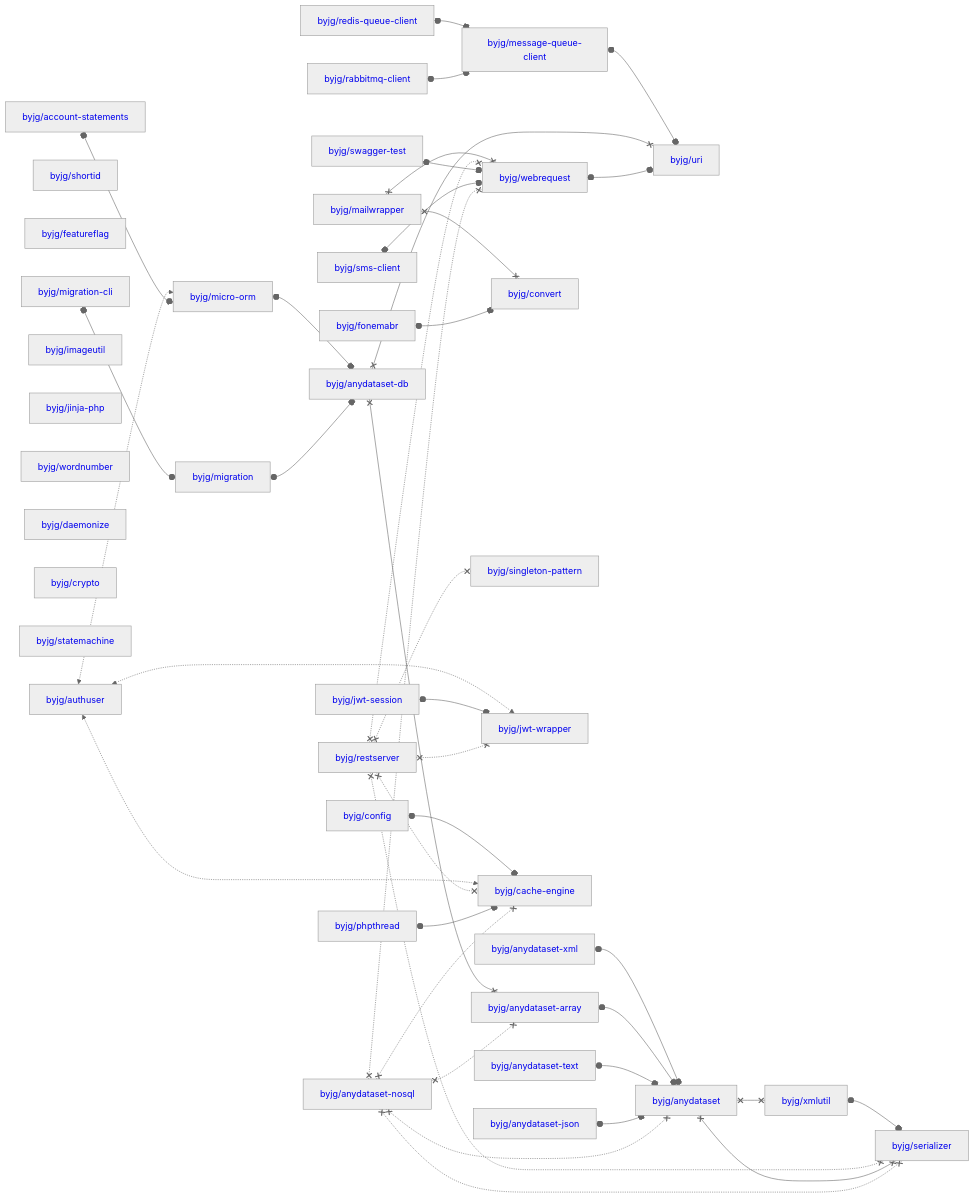
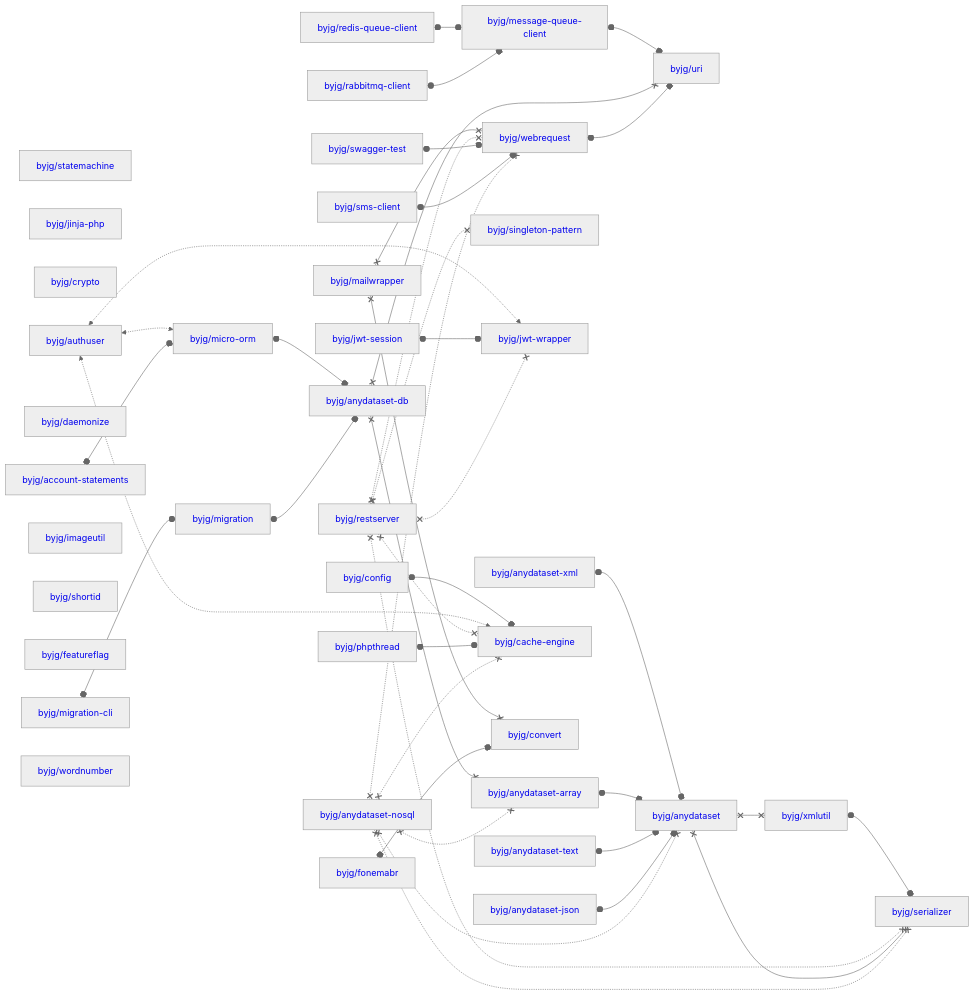
Before and after one commit to byjg/byjg.github.io: the diagram in docs/php/README.md, drawn with Mermaid (neutral theme). The commit also changed other lines of this file, not shown here.

Commit message:
Update documentation 'php' 'php-micro-orm'

````diff
--- a/docs/php/README.md
+++ b/docs/php/README.md
@@ -3,80 +3,80 @@
 ```mermaid
 graph LR;
+  byjg/mailwrapper[<a href='https://opensource.byjg.com/docs/php/mailwrapper' style='text-decoration:none'>byjg/mailwrapper</a>];
+  byjg/anydataset-nosql[<a href='https://opensource.byjg.com/docs/php/anydataset-nosql' style='text-decoration:none'>byjg/anydataset-nosql</a>];
+  byjg/statemachine[<a href='https://opensource.byjg.com/docs/php/statemachine' style='text-decoration:none'>byjg/statemachine</a>];
+  byjg/jwt-session[<a href='https://opensource.byjg.com/docs/php/jwt-session' style='text-decoration:none'>byjg/jwt-session</a>];
+  byjg/jinja-php[<a href='https://opensource.byjg.com/docs/php/jinja-php' style='text-decoration:none'>byjg/jinja-php</a>];
+  byjg/rabbitmq-client[<a href='https://opensource.byjg.com/docs/php/rabbitmq-client' style='text-decoration:none'>byjg/rabbitmq-client</a>];
+  byjg/crypto[<a href='https://opensource.byjg.com/docs/php/crypto' style='text-decoration:none'>byjg/crypto</a>];
+  byjg/account-statements[<a href='https://opensource.byjg.com/docs/php/account-statements' style='text-decoration:none'>byjg/account-statements</a>];
+  byjg/daemonize[<a href='https://opensource.byjg.com/docs/php/daemonize' style='text-decoration:none'>byjg/daemonize</a>];
   byjg/authuser[<a href='https://opensource.byjg.com/docs/php/authuser' style='text-decoration:none'>byjg/authuser</a>];
+  byjg/anydataset-json[<a href='https://opensource.byjg.com/docs/php/anydataset-json' style='text-decoration:none'>byjg/anydataset-json</a>];
+  byjg/imageutil[<a href='https://opensource.byjg.com/docs/php/imageutil' style='text-decoration:none'>byjg/imageutil</a>];
+  byjg/shortid[<a href='https://opensource.byjg.com/docs/php/shortid' style='text-decoration:none'>byjg/shortid</a>];
+  byjg/restserver[<a href='https://opensource.byjg.com/docs/php/restserver' style='text-decoration:none'>byjg/restserver</a>];
+  byjg/featureflag[<a href='https://opensource.byjg.com/docs/php/featureflag' style='text-decoration:none'>byjg/featureflag</a>];
+  byjg/migration-cli[<a href='https://opensource.byjg.com/docs/php/migration-cli' style='text-decoration:none'>byjg/migration-cli</a>];
+  byjg/config[<a href='https://opensource.byjg.com/docs/php/config' style='text-decoration:none'>byjg/config</a>];
+  byjg/anydataset-xml[<a href='https://opensource.byjg.com/docs/php/anydataset-xml' style='text-decoration:none'>byjg/anydataset-xml</a>];
+  byjg/swagger-test[<a href='https://opensource.byjg.com/docs/php/swagger-test' style='text-decoration:none'>byjg/swagger-test</a>];
+  byjg/sms-client[<a href='https://opensource.byjg.com/docs/php/sms-client' style='text-decoration:none'>byjg/sms-client</a>];
   byjg/anydataset-text[<a href='https://opensource.byjg.com/docs/php/anydataset-text' style='text-decoration:none'>byjg/anydataset-text</a>];
-  byjg/anydataset-json[<a href='https://opensource.byjg.com/docs/php/anydataset-json' style='text-decoration:none'>byjg/anydataset-json</a>];
-  byjg/mailwrapper[<a href='https://opensource.byjg.com/docs/php/mailwrapper' style='text-decoration:none'>byjg/mailwrapper</a>];
-  byjg/sms-client[<a href='https://opensource.byjg.com/docs/php/sms-client' style='text-decoration:none'>byjg/sms-client</a>];
-  byjg/anydataset-xml[<a href='https://opensource.byjg.com/docs/php/anydataset-xml' style='text-decoration:none'>byjg/anydataset-xml</a>];
-  byjg/shortid[<a href='https://opensource.byjg.com/docs/php/shortid' style='text-decoration:none'>byjg/shortid</a>];
-  byjg/jwt-session[<a href='https://opensource.byjg.com/docs/php/jwt-session' style='text-decoration:none'>byjg/jwt-session</a>];
-  byjg/featureflag[<a href='https://opensource.byjg.com/docs/php/featureflag' style='text-decoration:none'>byjg/featureflag</a>];
+  byjg/phpthread[<a href='https://opensource.byjg.com/docs/php/phpthread' style='text-decoration:none'>byjg/phpthread</a>];
   byjg/fonemabr[<a href='https://opensource.byjg.com/docs/php/fonemabr' style='text-decoration:none'>byjg/fonemabr</a>];
-  byjg/phpthread[<a href='https://opensource.byjg.com/docs/php/phpthread' style='text-decoration:none'>byjg/phpthread</a>];
-  byjg/config[<a href='https://opensource.byjg.com/docs/php/config' style='text-decoration:none'>byjg/config</a>];
-  byjg/migration-cli[<a href='https://opensource.byjg.com/docs/php/migration-cli' style='text-decoration:none'>byjg/migration-cli</a>];
-  byjg/restserver[<a href='https://opensource.byjg.com/docs/php/restserver' style='text-decoration:none'>byjg/restserver</a>];
-  byjg/imageutil[<a href='https://opensource.byjg.com/docs/php/imageutil' style='text-decoration:none'>byjg/imageutil</a>];
-  byjg/jinja-php[<a href='https://opensource.byjg.com/docs/php/jinja-php' style='text-decoration:none'>byjg/jinja-php</a>];
+  byjg/redis-queue-client[<a href='https://opensource.byjg.com/docs/php/redis-queue-client' style='text-decoration:none'>byjg/redis-queue-client</a>];
   byjg/wordnumber[<a href='https://opensource.byjg.com/docs/php/wordnumber' style='text-decoration:none'>byjg/wordnumber</a>];
-  byjg/anydataset-nosql[<a href='https://opensource.byjg.com/docs/php/anydataset-nosql' style='text-decoration:none'>byjg/anydataset-nosql</a>];
-  byjg/swagger-test[<a href='https://opensource.byjg.com/docs/php/swagger-test' style='text-decoration:none'>byjg/swagger-test</a>];
-  byjg/daemonize[<a href='https://opensource.byjg.com/docs/php/daemonize' style='text-decoration:none'>byjg/daemonize</a>];
-  byjg/crypto[<a href='https://opensource.byjg.com/docs/php/crypto' style='text-decoration:none'>byjg/crypto</a>];
-  byjg/statemachine[<a href='https://opensource.byjg.com/docs/php/statemachine' style='text-decoration:none'>byjg/statemachine</a>];
-  byjg/redis-queue-client[<a href='https://opensource.byjg.com/docs/php/redis-queue-client' style='text-decoration:none'>byjg/redis-queue-client</a>];
-  byjg/rabbitmq-client[<a href='https://opensource.byjg.com/docs/php/rabbitmq-client' style='text-decoration:none'>byjg/rabbitmq-client</a>];
-  byjg/account-statements[<a href='https://opensource.byjg.com/docs/php/account-statements' style='text-decoration:none'>byjg/account-statements</a>];
-  byjg/convert[<a href='https://opensource.byjg.com/docs/php/convert' style='text-decoration:none'>byjg/convert</a>];
-  byjg/migration[<a href='https://opensource.byjg.com/docs/php/migration' style='text-decoration:none'>byjg/migration</a>];
+  byjg/micro-orm[<a href='https://opensource.byjg.com/docs/php/micro-orm' style='text-decoration:none'>byjg/micro-orm</a>];
   byjg/singleton-pattern[<a href='https://opensource.byjg.com/docs/php/singleton-pattern' style='text-decoration:none'>byjg/singleton-pattern</a>];
   byjg/jwt-wrapper[<a href='https://opensource.byjg.com/docs/php/jwt-wrapper' style='text-decoration:none'>byjg/jwt-wrapper</a>];
+  byjg/migration[<a href='https://opensource.byjg.com/docs/php/migration' style='text-decoration:none'>byjg/migration</a>];
+  byjg/webrequest[<a href='https://opensource.byjg.com/docs/php/webrequest' style='text-decoration:none'>byjg/webrequest</a>];
   byjg/cache-engine[<a href='https://opensource.byjg.com/docs/php/cache-engine' style='text-decoration:none'>byjg/cache-engine</a>];
-  byjg/webrequest[<a href='https://opensource.byjg.com/docs/php/webrequest' style='text-decoration:none'>byjg/webrequest</a>];
+  byjg/convert[<a href='https://opensource.byjg.com/docs/php/convert' style='text-decoration:none'>byjg/convert</a>];
   byjg/message-queue-client[<a href='https://opensource.byjg.com/docs/php/message-queue-client' style='text-decoration:none'>byjg/message-queue-client</a>];
-  byjg/micro-orm[<a href='https://opensource.byjg.com/docs/php/micro-orm' style='text-decoration:none'>byjg/micro-orm</a>];
   byjg/anydataset-db[<a href='https://opensource.byjg.com/docs/php/anydataset-db' style='text-decoration:none'>byjg/anydataset-db</a>];
   byjg/anydataset-array[<a href='https://opensource.byjg.com/docs/php/anydataset-array' style='text-decoration:none'>byjg/anydataset-array</a>];
   byjg/uri[<a href='https://opensource.byjg.com/docs/php/uri' style='text-decoration:none'>byjg/uri</a>];
   byjg/anydataset[<a href='https://opensource.byjg.com/docs/php/anydataset' style='text-decoration:none'>byjg/anydataset</a>];
   byjg/xmlutil[<a href='https://opensource.byjg.com/docs/php/xmlutil' style='text-decoration:none'>byjg/xmlutil</a>];
   byjg/serializer[<a href='https://opensource.byjg.com/docs/php/serializer' style='text-decoration:none'>byjg/serializer</a>];
   byjg/anydataset-xml o--o byjg/anydataset;
   byjg/config o--o byjg/cache-engine;
   byjg/authuser <-.-> byjg/micro-orm;
   byjg/authuser <-.-> byjg/cache-engine;
   byjg/authuser <-.-> byjg/jwt-wrapper;
   byjg/jwt-session o--o byjg/jwt-wrapper;
   byjg/redis-queue-client o--o byjg/message-queue-client;
   byjg/xmlutil o--o byjg/serializer;
   byjg/anydataset-array o--o byjg/anydataset;
   byjg/anydataset-text o--o byjg/anydataset;
   byjg/mailwrapper x--x byjg/convert;
   byjg/mailwrapper x--x byjg/webrequest;
   byjg/restserver x-.-x byjg/serializer;
   byjg/restserver x-.-x byjg/singleton-pattern;
   byjg/restserver x-.-x byjg/cache-engine;
   byjg/restserver x-.-x byjg/webrequest;
   byjg/restserver x-.-x byjg/jwt-wrapper;
   byjg/anydataset x--x byjg/serializer;
   byjg/anydataset x--x byjg/xmlutil;
   byjg/micro-orm o--o byjg/anydataset-db;
   byjg/phpthread o--o byjg/cache-engine;
   byjg/anydataset-json o--o byjg/anydataset;
   byjg/swagger-test o--o byjg/webrequest;
   byjg/fonemabr o--o byjg/convert;
   byjg/account-statements o--o byjg/micro-orm;
   byjg/sms-client o--o byjg/webrequest;
   byjg/migration-cli o--o byjg/migration;
   byjg/message-queue-client o--o byjg/uri;
   byjg/anydataset-db x--x byjg/anydataset-array;
   byjg/anydataset-db x--x byjg/uri;
   byjg/webrequest o--o byjg/uri;
   byjg/migration o--o byjg/anydataset-db;
   byjg/rabbitmq-client o--o byjg/message-queue-client;
   byjg/anydataset-nosql x-.-x byjg/anydataset;
   byjg/anydataset-nosql x-.-x byjg/anydataset-array;
   byjg/anydataset-nosql x-.-x byjg/serializer;
   byjg/anydataset-nosql x-.-x byjg/webrequest;
   byjg/anydataset-nosql x-.-x byjg/cache-engine;
 ```
````
